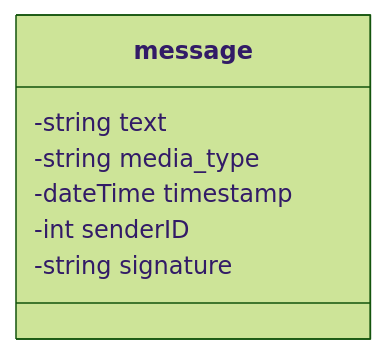
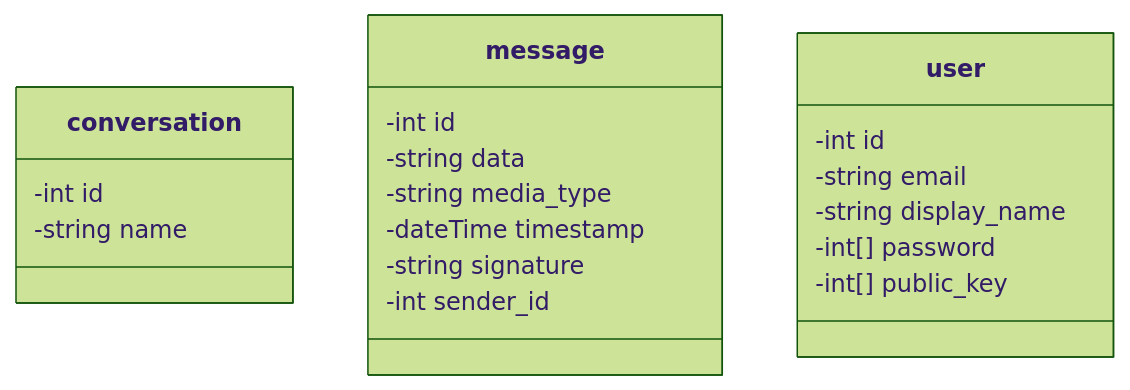
Before and after one commit to mzyzc/echo: the diagram in assets/src/classes.mmd, drawn with Mermaid (forest theme). The commit also changed 8 other files, not shown here.

```diff
--- a/assets/src/classes.mmd
+++ b/assets/src/classes.mmd
@@ -1,8 +1,20 @@
 classDiagram
+    class conversation {
+    	-int id
+	-string name
+    }
     class message {
-        -string text
+	-int id
+        -string data
         -string media_type
         -dateTime timestamp
-        -int senderID
         -string signature
+        -int sender_id
     }
+    class user {
+    	-int id
+	-string email
+	-string display_name
+	-int[] password
+	-int[] public_key
+    }
```
